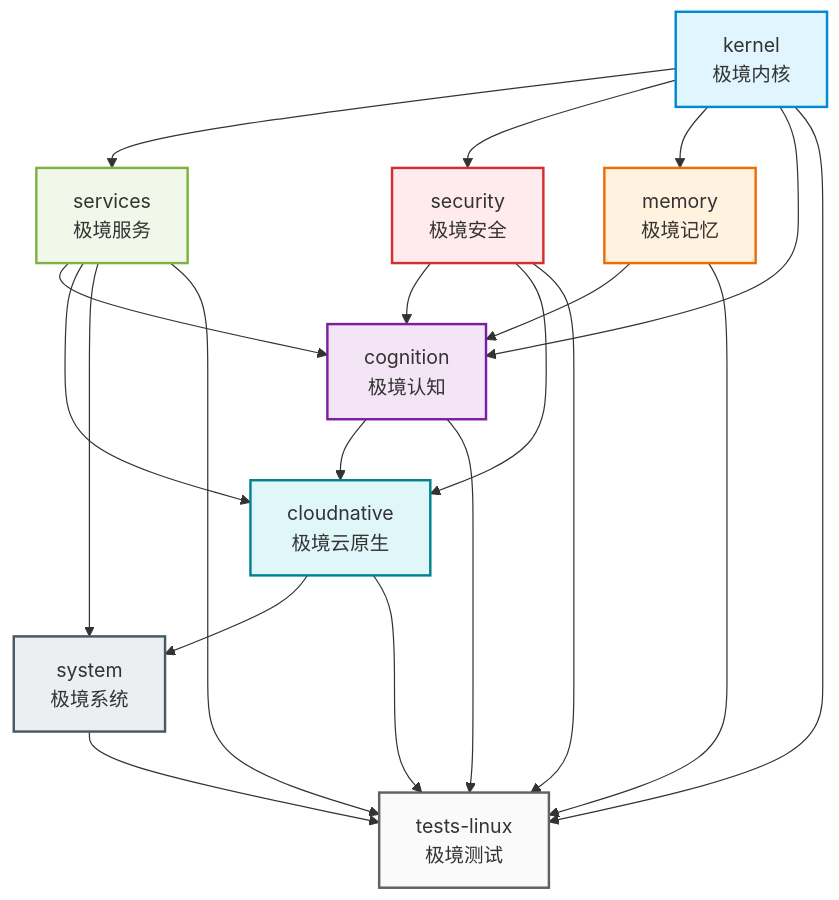
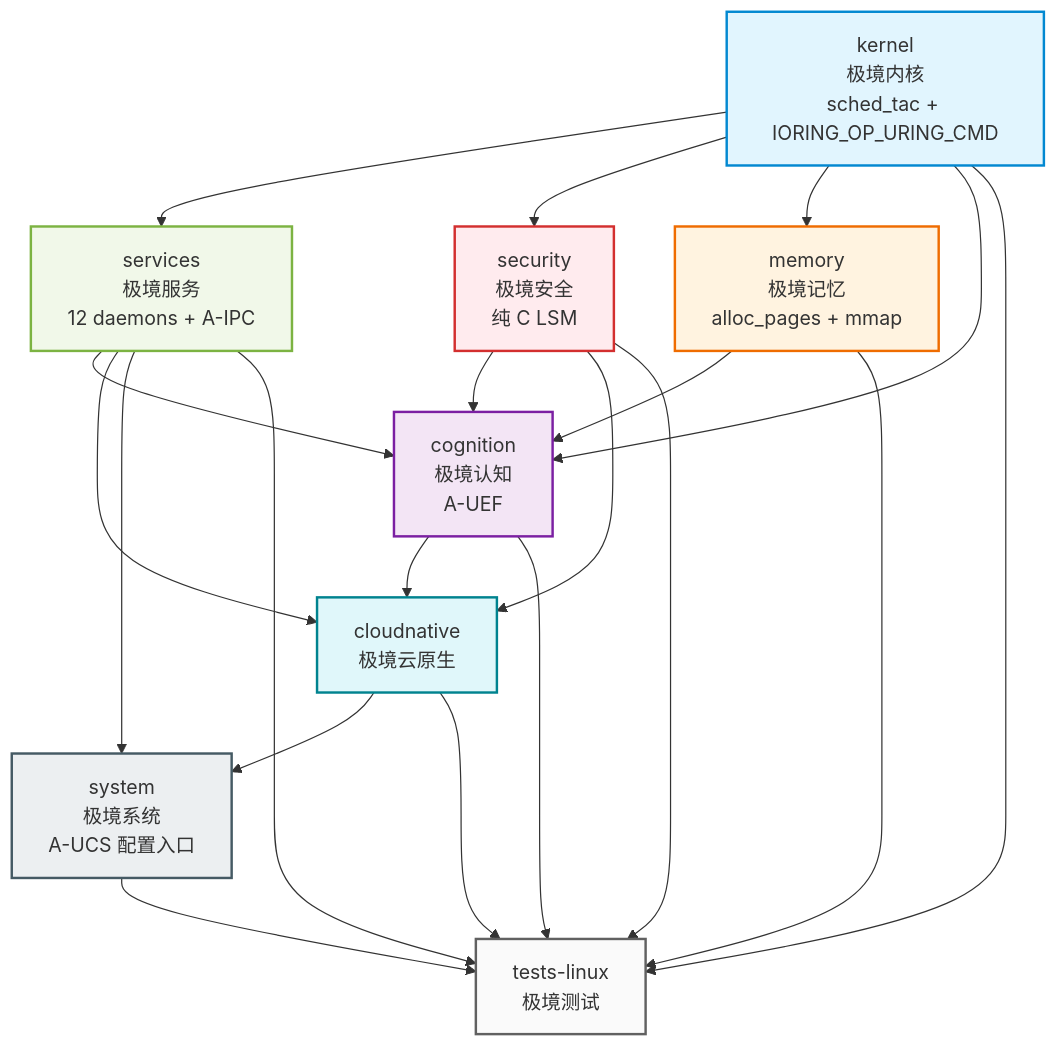
Before and after one commit to openairymax/docs-linux: the diagram in 20-modules/README.md, drawn with Mermaid. The commit also changed other lines of this file and 181 other files, not shown here.

Commit message:
docs: 批量更新文档中的IRON-9版本与调度器命名 1. 将所有IRON-9 v2引用升级为IRON-9 v3，统一四层共享模型版本号 2. 将方案C-Prime、AIRY_SCHED_AGENT相关表述替换为sched_tac、stc_agent 3. 更新OpenStandards/README.md的许可证信息为CC-BY-4.0

````diff
--- a/20-modules/README.md
+++ b/20-modules/README.md
@@ -39,40 +119,40 @@
 ```mermaid
 graph TB
-    KERNEL[kernel<br/>极境内核]
-    SERVICES[services<br/>极境服务]
-    SECURITY[security<br/>极境安全]
-    MEMORY[memory<br/>极境记忆]
-    COGNITION[cognition<br/>极境认知]
+    KERNEL[kernel<br/>极境内核<br/>sched_tac + IORING_OP_URING_CMD]
+    SERVICES[services<br/>极境服务<br/>12 daemons + A-IPC]
+    SECURITY[security<br/>极境安全<br/>纯 C LSM]
+    MEMORY[memory<br/>极境记忆<br/>alloc_pages + mmap]
+    COGNITION[cognition<br/>极境认知<br/>A-UEF]
     CLOUD[cloudnative<br/>极境云原生]
-    SYSTEM[system<br/>极境系统]
+    SYSTEM[system<br/>极境系统<br/>A-UCS 配置入口]
     TESTS[tests-linux<br/>极境测试]
 
     KERNEL --> SERVICES
     KERNEL --> SECURITY
     KERNEL --> MEMORY
     KERNEL --> COGNITION
     SERVICES --> COGNITION
     SERVICES --> CLOUD
     SECURITY --> COGNITION
     SECURITY --> CLOUD
     MEMORY --> COGNITION
     COGNITION --> CLOUD
     SERVICES --> SYSTEM
     CLOUD --> SYSTEM
     KERNEL --> TESTS
     SERVICES --> TESTS
     SECURITY --> TESTS
     MEMORY --> TESTS
     COGNITION --> TESTS
     CLOUD --> TESTS
     SYSTEM --> TESTS
 
     style KERNEL fill:#e1f5fe,stroke:#0288d1,stroke-width:2px
     style SERVICES fill:#f1f8e9,stroke:#7cb342,stroke-width:2px
     style SECURITY fill:#ffebee,stroke:#d32f2f,stroke-width:2px
     style MEMORY fill:#fff3e0,stroke:#ef6c00,stroke-width:2px
     style COGNITION fill:#f3e5f5,stroke:#7b1fa2,stroke-width:2px
     style CLOUD fill:#e0f7fa,stroke:#00838f,stroke-width:2px
     style SYSTEM fill:#eceff1,stroke:#455a64,stroke-width:2px
     style TESTS fill:#fafafa,stroke:#616161,stroke-width:2px
 ```
````
